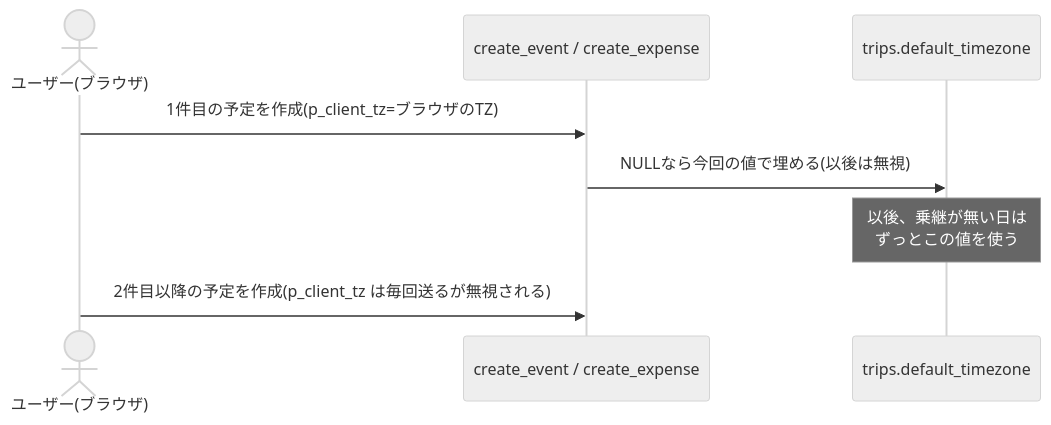
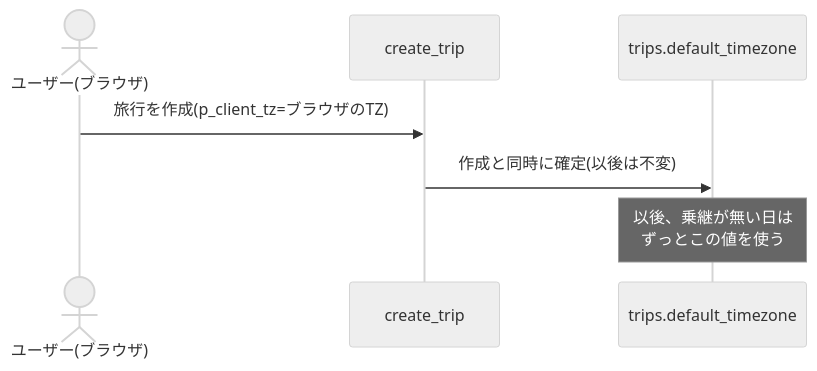
The fourth of 5 diagrams in docs/design/timezone.md (shidetake/triplot), drawn with Mermaid (neutral theme) before and after one commit. The commit also changed other lines of this file and 9 other files, not shown here.

````diff
--- a/docs/design/timezone.md
+++ b/docs/design/timezone.md
@@ -85,11 +89,10 @@
 ```mermaid
 sequenceDiagram
     actor U as ユーザー(ブラウザ)
-    participant RPC as create_event / create_expense
+    participant RPC as create_trip
     participant DB as trips.default_timezone
 
-    U->>RPC: 1件目の予定を作成(p_client_tz=ブラウザのTZ)
-    RPC->>DB: NULLなら今回の値で埋める(以後は無視)
+    U->>RPC: 旅行を作成(p_client_tz=ブラウザのTZ)
+    RPC->>DB: 作成と同時に確定(以後は不変)
     Note over DB: 以後、乗継が無い日は<br/>ずっとこの値を使う
-    U->>RPC: 2件目以降の予定を作成(p_client_tz は毎回送るが無視される)
 ```
````
